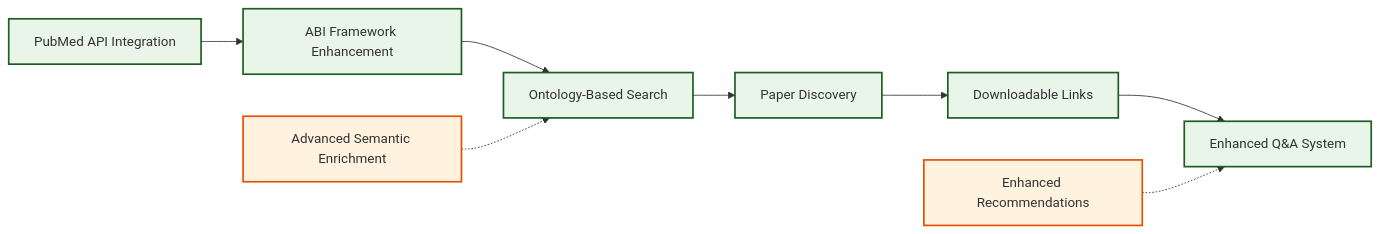
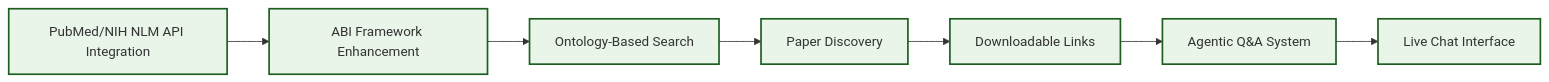
One commit to NCOR-Organization/HealthyPhases changed the third of 4 diagrams in docs/resources/portal-development.md. Above: the diagram before and after it, drawn with Mermaid. The commit also changed other lines of this file, not shown here.

Commit message:
Retro-engineer Phase 3 to reflect current completion status
- Update Phase 3 from 'In Progress' to 'Completed' status
- Clarify NIH NLM = PubMed throughout documentation
- Add completed items: agentic workflow orchestration and chat integration
- Fix Mermaid syntax by using double quotes for node labels with special characters
- Update Phase 4 to show PubMed/NIH NLM as unified data source
- Remove ambiguity between NIH NLM and PubMed references

````diff
--- a/docs/resources/portal-development.md
+++ b/docs/resources/portal-development.md
@@ -145,17 +145,13 @@
 ```mermaid
 flowchart LR
-    A[PubMed API Integration] --> B[ABI Framework Enhancement]
-    B --> C[Ontology-Based Search]
-    C --> D[Paper Discovery]
-    D --> E[Downloadable Links]
-    E --> F[Enhanced Q&A System]
-    
-    G[Advanced Semantic Enrichment] -.-> C
-    H[Enhanced Recommendations] -.-> F
+    A["PubMed/NIH NLM API Integration"] --> B["ABI Framework Enhancement"]
+    B --> C["Ontology-Based Search"]
+    C --> D["Paper Discovery"]
+    D --> E["Downloadable Links"]
+    E --> F["Agentic Q&A System"]
+    F --> G["Live Chat Interface"]
     
     classDef completed fill:#e8f5e8,stroke:#1b5e20,stroke-width:2px
-    classDef inprogress fill:#fff3e0,stroke:#e65100,stroke-width:2px
     
-    class A,B,C,D,E,F completed
-    class G,H inprogress
+    class A,B,C,D,E,F,G completed
 ```
````
